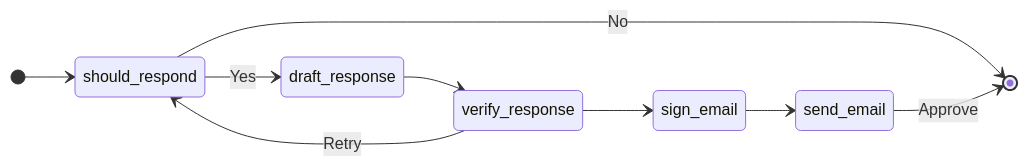
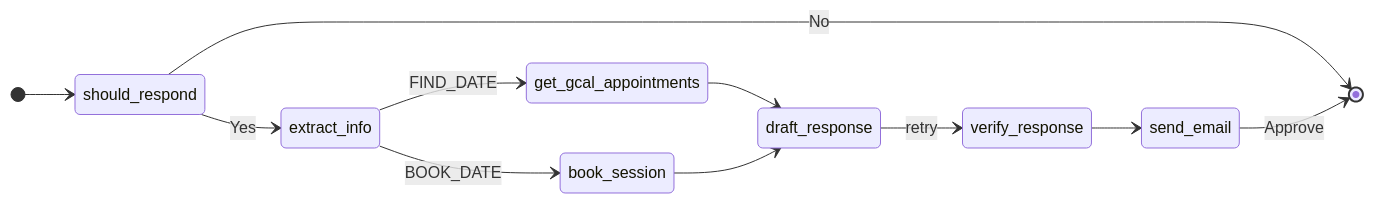
The diagram in README.md (alex-osman/tatbot), drawn with Mermaid before and after one commit.

````diff
--- a/README.md
+++ b/README.md
@@ -9,12 +9,14 @@
 ```mermaid
 stateDiagram
     direction lr
     [*] --> should_respond
-    should_respond --> draft_response : Yes
+    should_respond --> extract_info : Yes
     should_respond --> [*] : No
-    draft_response --> verify_response
-    verify_response --> should_respond : Retry
-    verify_response --> sign_email
-    sign_email --> send_email
+    extract_info --> get_gcal_appointments : FIND_DATE
+    extract_info --> book_session : BOOK_DATE
+    get_gcal_appointments --> draft_response
+    book_session --> draft_response
+    draft_response --> verify_response: retry
+    verify_response --> send_email
     send_email --> [*] : Approve
 ```
````
